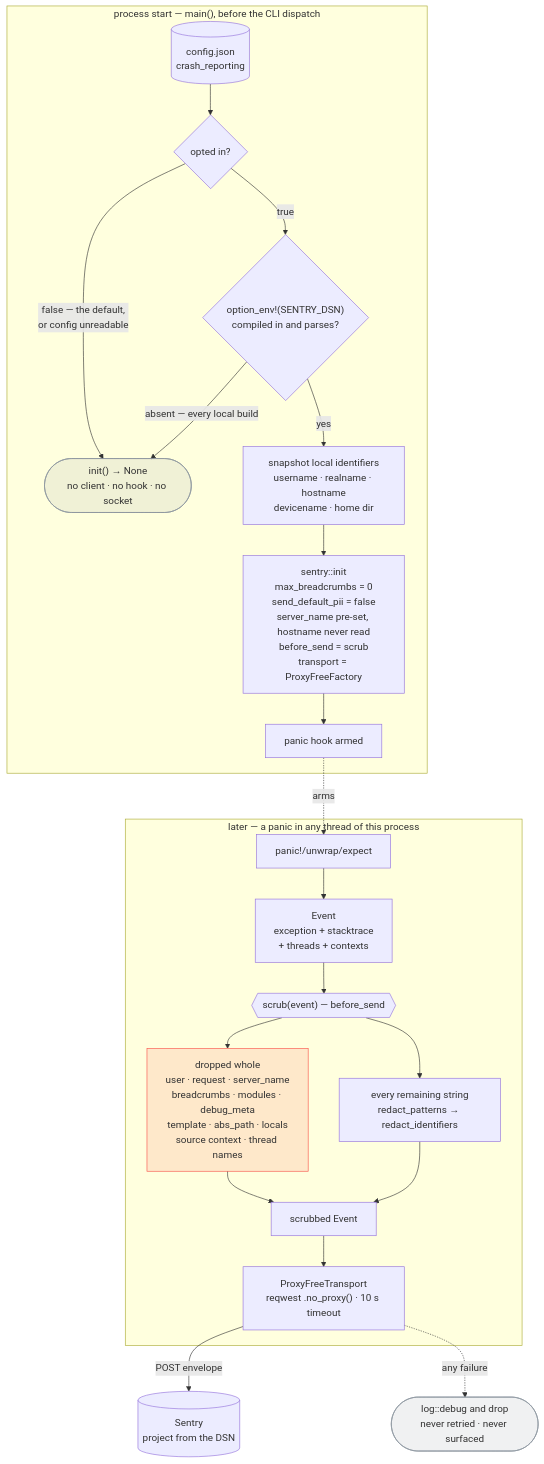
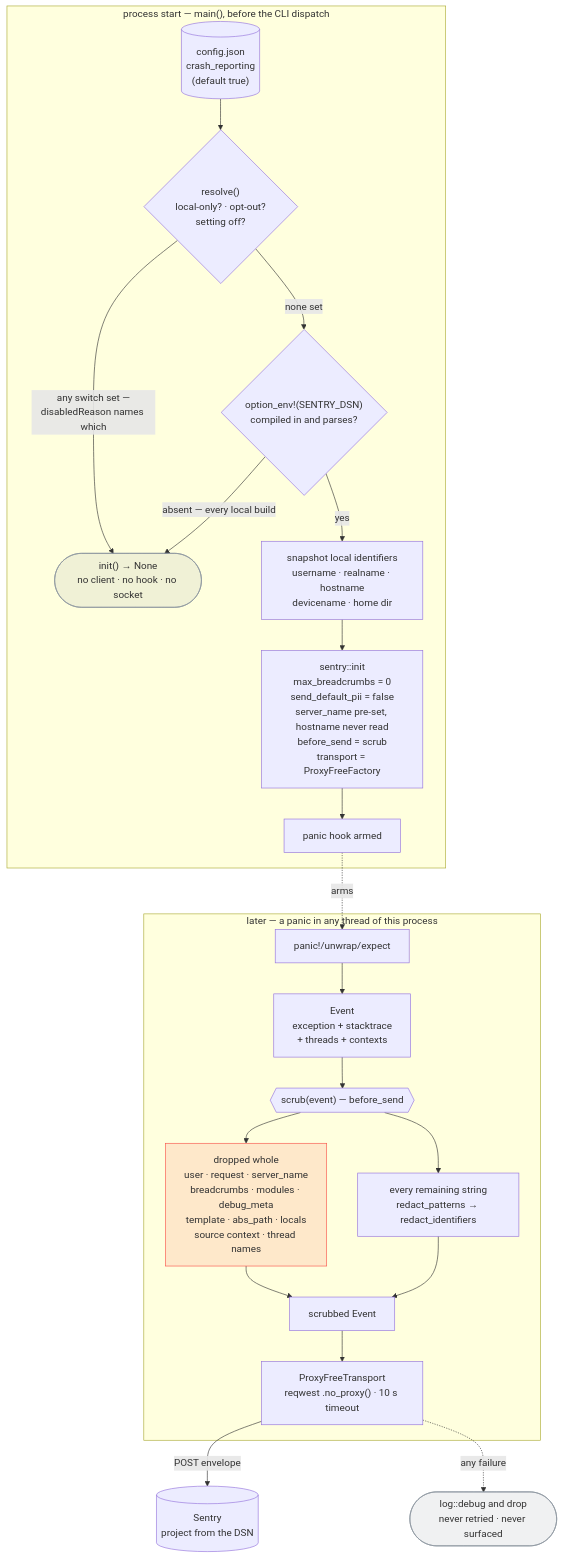
Before and after one commit to companionintelligence/CI-Capture: the diagram in docs/crash-reporting.md, drawn with Mermaid. The commit also changed other lines of this file and 9 other files, not shown here.

````diff
--- a/docs/crash-reporting.md
+++ b/docs/crash-reporting.md
@@ -44,29 +94,29 @@
 ```mermaid
 flowchart TB
     subgraph boot["process start — main(), before the CLI dispatch"]
-        CFG[("config.json<br/>crash_reporting")] --> G1{"opted in?"}
-        G1 -->|"false — the default,<br/>or config unreadable"| OFF(["init() → None<br/>no client · no hook · no socket"]):::off
-        G1 -->|true| G2{"option_env!(SENTRY_DSN)<br/>compiled in and parses?"}
+        CFG[("config.json<br/>crash_reporting<br/>(default true)")] --> G1{"resolve()<br/>local-only? · opt-out?<br/>setting off?"}
+        G1 -->|"any switch set —<br/>disabledReason names which"| OFF(["init() → None<br/>no client · no hook · no socket"]):::off
+        G1 -->|"none set"| G2{"option_env!(SENTRY_DSN)<br/>compiled in and parses?"}
         G2 -->|"absent — every local build"| OFF
         G2 -->|yes| IDS["snapshot local identifiers<br/>username · realname · hostname<br/>devicename · home dir"]
         IDS --> INIT["sentry::init<br/>max_breadcrumbs = 0<br/>send_default_pii = false<br/>server_name pre-set, hostname never read<br/>before_send = scrub<br/>transport = ProxyFreeFactory"]
         INIT --> HOOK["panic hook armed"]
     end
 
     subgraph run["later — a panic in any thread of this process"]
         PANIC["panic!/unwrap/expect"] --> EVENT["Event<br/>exception + stacktrace<br/>+ threads + contexts"]
         EVENT --> SCRUB{{"scrub(event) — before_send"}}
         SCRUB --> DROP["dropped whole<br/>user · request · server_name<br/>breadcrumbs · modules · debug_meta<br/>template · abs_path · locals<br/>source context · thread names"]:::gone
         SCRUB --> REW["every remaining string<br/>redact_patterns → redact_identifiers"]
         DROP --> CLEAN["scrubbed Event"]
         REW --> CLEAN
         CLEAN --> TX["ProxyFreeTransport<br/>reqwest .no_proxy() · 10 s timeout"]
     end
 
     HOOK -.->|arms| PANIC
     TX -->|"POST envelope"| SENTRY[("Sentry<br/>project from the DSN")]
     TX -.->|"any failure"| SWALLOW(["log::debug and drop<br/>never retried · never surfaced"]):::off
 
     classDef off fill:#8b949e22,stroke:#8b949e;
     classDef gone fill:#f8514922,stroke:#f85149;
 ```
````
